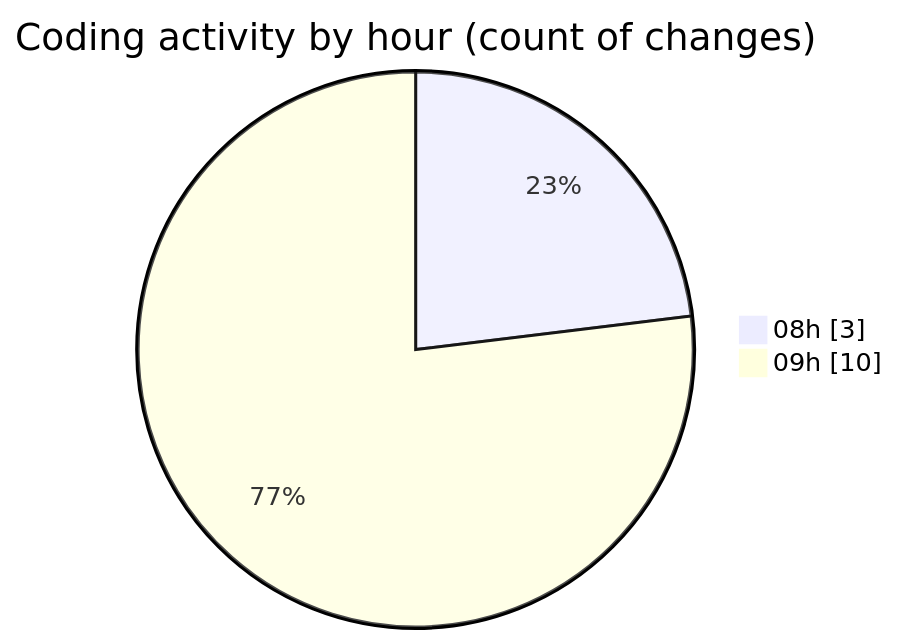
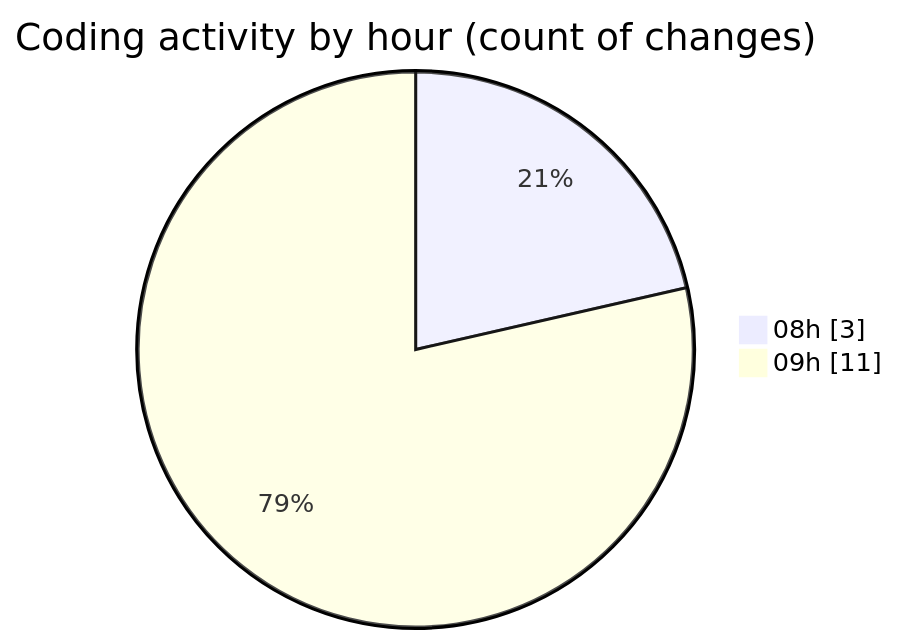
The second of 2 diagrams in 2025-10-22/eventscop-api-guide__workspace_/README.md (julien-gomy/code-tracking), drawn with Mermaid before and after one commit. The commit also changed other lines of this file and 1 other file, not shown here.

````diff
--- a/2025-10-22/eventscop-api-guide__workspace_/README.md
+++ b/2025-10-22/eventscop-api-guide__workspace_/README.md
@@ -32,6 +33,6 @@
 ```mermaid
 pie showData
 title Coding activity by hour (count of changes)
 "08h" : 3
-"09h" : 10
+"09h" : 11
 ```
````
